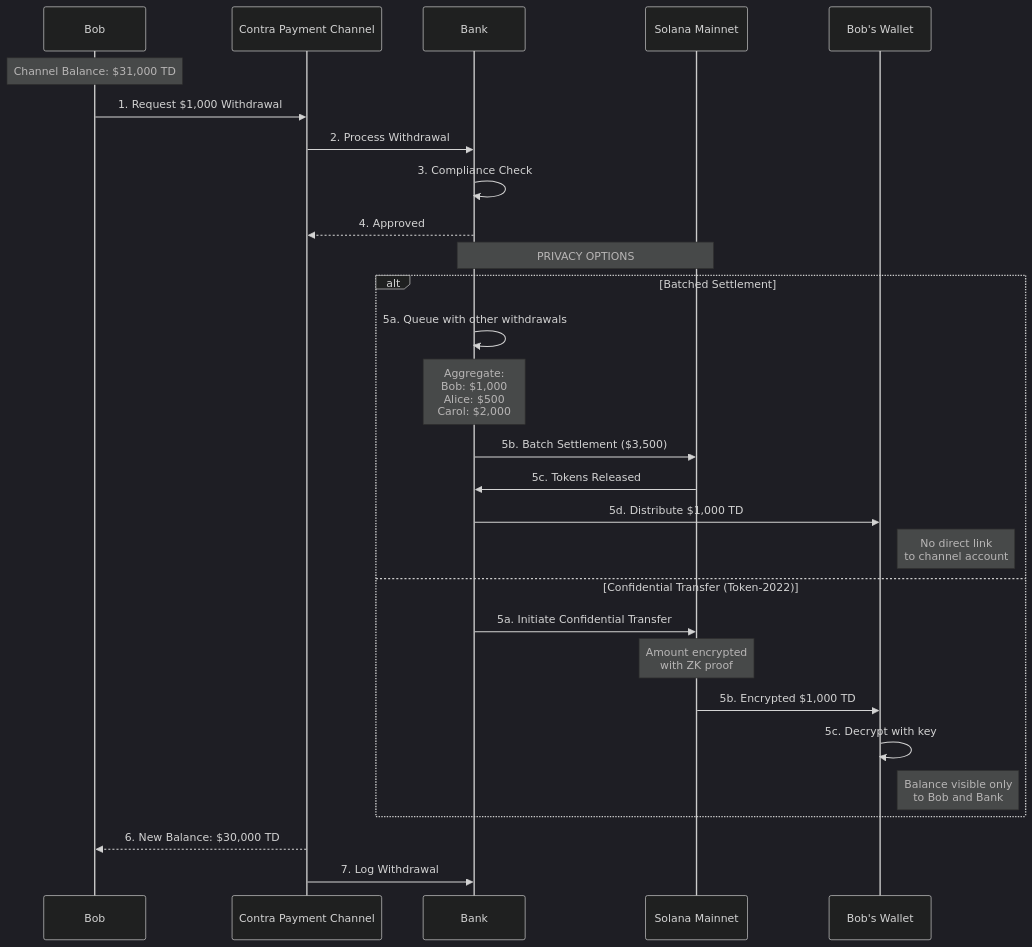
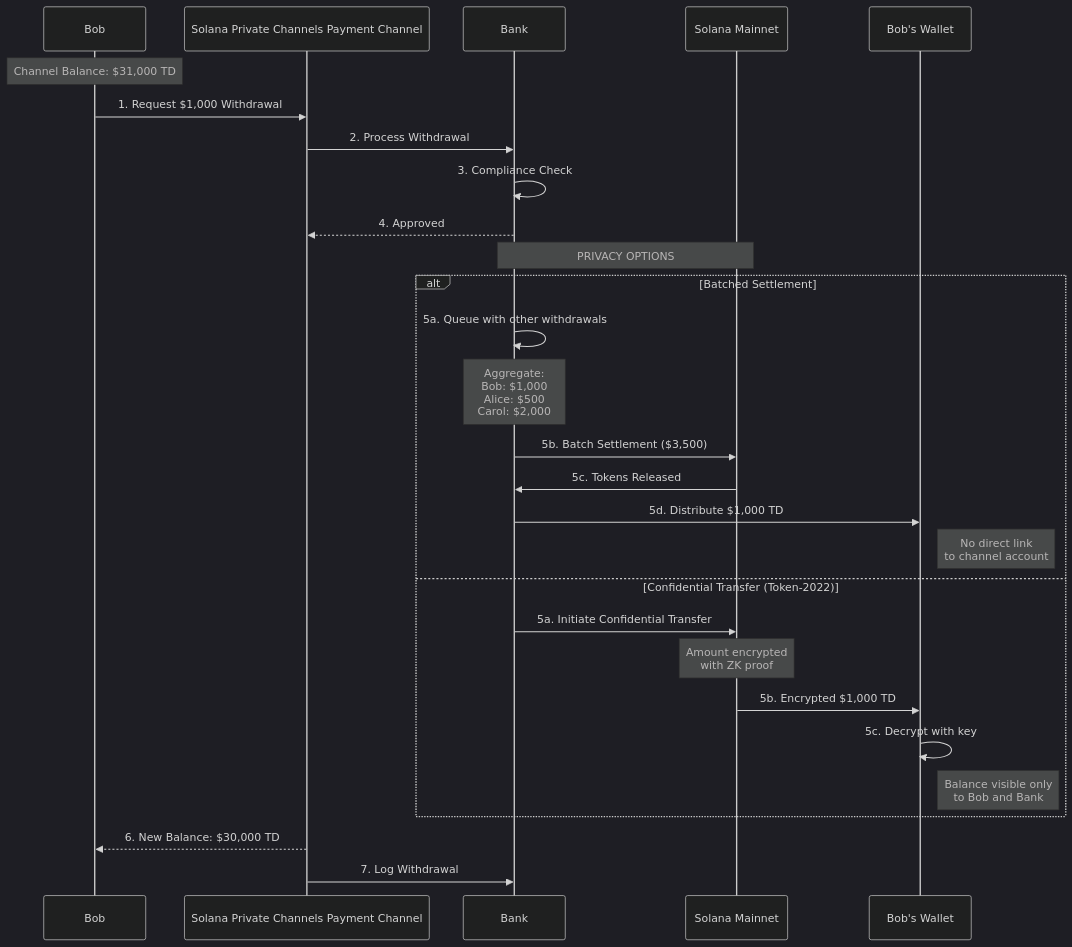
One commit to solana-foundation/contra changed the third of 3 diagrams in README.md. Above: the diagram before and after it, drawn with Mermaid (dark theme). The commit also changed other lines of this file and 624 other files, not shown here.

First line of the commit message:
rename: Contra → Solana Private Channels (#112)

````diff
--- a/README.md
+++ b/README.md
@@ -127,39 +127,39 @@
 ```mermaid
 sequenceDiagram
     participant Bob
-    participant Channel as Contra Payment Channel
+    participant Channel as Solana Private Channels Payment Channel
     participant Bank
     participant Mainnet as Solana Mainnet
     participant BobWallet as Bob's Wallet
 
     %% Initial State
     Note over Bob: Channel Balance: $31,000 TD
 
     %% Withdrawal Request
     Bob->>Channel: 1. Request $1,000 Withdrawal
     Channel->>Bank: 2. Process Withdrawal
     Bank->>Bank: 3. Compliance Check
     Bank-->>Channel: 4. Approved
 
     %% Privacy Options
     Note over Bank,Mainnet: PRIVACY OPTIONS
 
     alt Batched Settlement
         Bank->>Bank: 5a. Queue with other withdrawals
         Note over Bank: Aggregate:<br/>Bob: $1,000<br/>Alice: $500<br/>Carol: $2,000
         Bank->>Mainnet: 5b. Batch Settlement ($3,500)
         Mainnet->>Bank: 5c. Tokens Released
         Bank->>BobWallet: 5d. Distribute $1,000 TD
         Note right of BobWallet: No direct link<br/>to channel account
 
     else Confidential Transfer (Token-2022)
         Bank->>Mainnet: 5a. Initiate Confidential Transfer
         Note over Mainnet: Amount encrypted<br/>with ZK proof
         Mainnet->>BobWallet: 5b. Encrypted $1,000 TD
         BobWallet->>BobWallet: 5c. Decrypt with key
         Note right of BobWallet: Balance visible only<br/>to Bob and Bank
     end
 
     Channel-->>Bob: 6. New Balance: $30,000 TD
     Channel->>Bank: 7. Log Withdrawal
 ```
````
